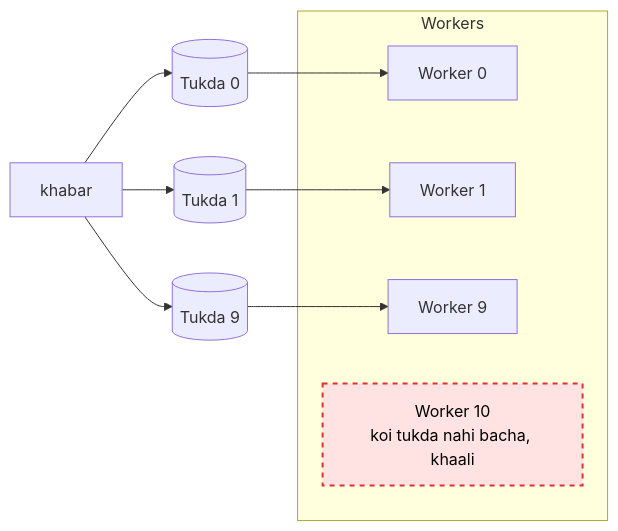
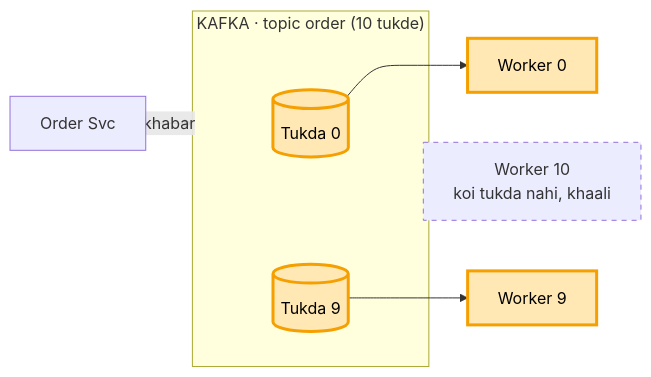
One commit to ArpanMaheshwari144/Prep changed the fifth of 18 diagrams in 04_HLD/SYSTEM_DESIGNS/12_message_queue_kafka/kafka_seedha.md. Above: the diagram before and after it, drawn with Mermaid. The commit also changed other lines of this file, not shown here.

Commit message:
kafka seedha: ek behti kahani, label nahi, har kadam ka design pichhle ko badhata

````diff
--- a/04_HLD/SYSTEM_DESIGNS/12_message_queue_kafka/kafka_seedha.md
+++ b/04_HLD/SYSTEM_DESIGNS/12_message_queue_kafka/kafka_seedha.md
@@ -105,14 +107,16 @@
 ```mermaid
 flowchart LR
-    K["khabar"] --> P0[("Tukda 0")] & P1[("Tukda 1")] & P9[("Tukda 9")]
-    subgraph WS["Workers"]
-        W0["Worker 0"]
-        W1["Worker 1"]
-        W9["Worker 9"]
-        W10["Worker 10<br/>koi tukda nahi bacha, khaali"]
+    O["Order Svc"] -- khabar --> K
+    subgraph K["KAFKA · topic order (10 tukde)"]
+        P0[("Tukda 0")]
+        P9[("Tukda 9")]
     end
-    P0 --> W0
-    P1 --> W1
-    P9 --> W9
-    style W10 fill:#ffe3e3,stroke:#e03131,stroke-width:2px,stroke-dasharray: 5 5,color:#000
+    P0 --> W0["Worker 0"]
+    P9 --> W9["Worker 9"]
+    K ~~~ W10["Worker 10<br/>koi tukda nahi, khaali"]
+    style P0 fill:#ffe8b3,stroke:#f59f00,stroke-width:3px,color:#000
+    style P9 fill:#ffe8b3,stroke:#f59f00,stroke-width:3px,color:#000
+    style W0 fill:#ffe8b3,stroke:#f59f00,stroke-width:3px,color:#000
+    style W9 fill:#ffe8b3,stroke:#f59f00,stroke-width:3px,color:#000
+    style W10 stroke-dasharray: 5 5
 ```
````
